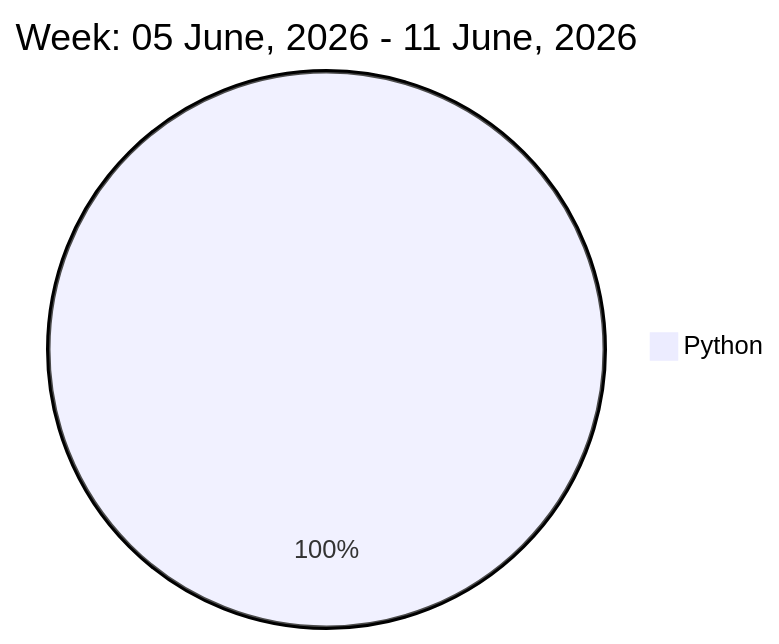
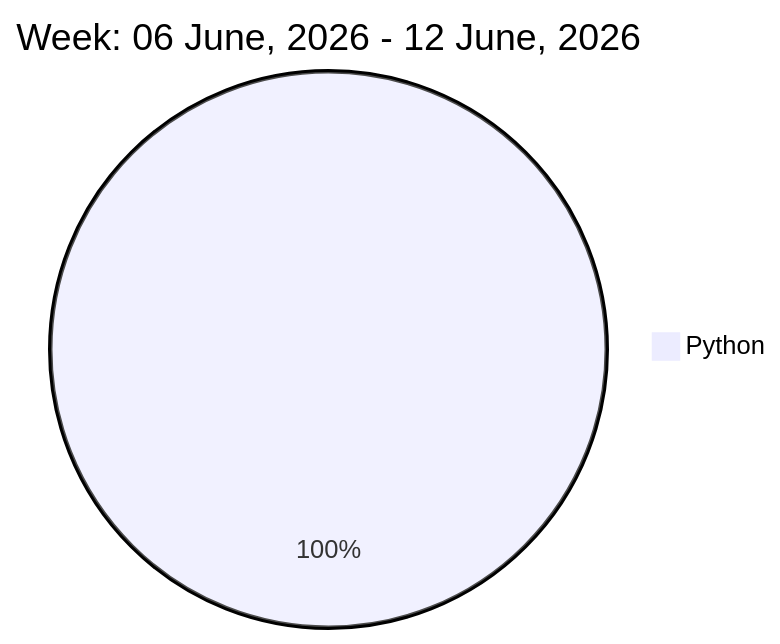
Before and after one commit to liubin95/liubin95: the diagram in README.md, drawn with Mermaid.

Commit message:
Updated the Graph with new Metrics

````diff
--- a/README.md
+++ b/README.md
@@ -32,5 +32,5 @@
 ```mermaid
  pie
-title Week: 05 June, 2026 - 11 June, 2026
- "Python" : 11.3
+title Week: 06 June, 2026 - 12 June, 2026
+ "Python" : 9.65
 ```
````
